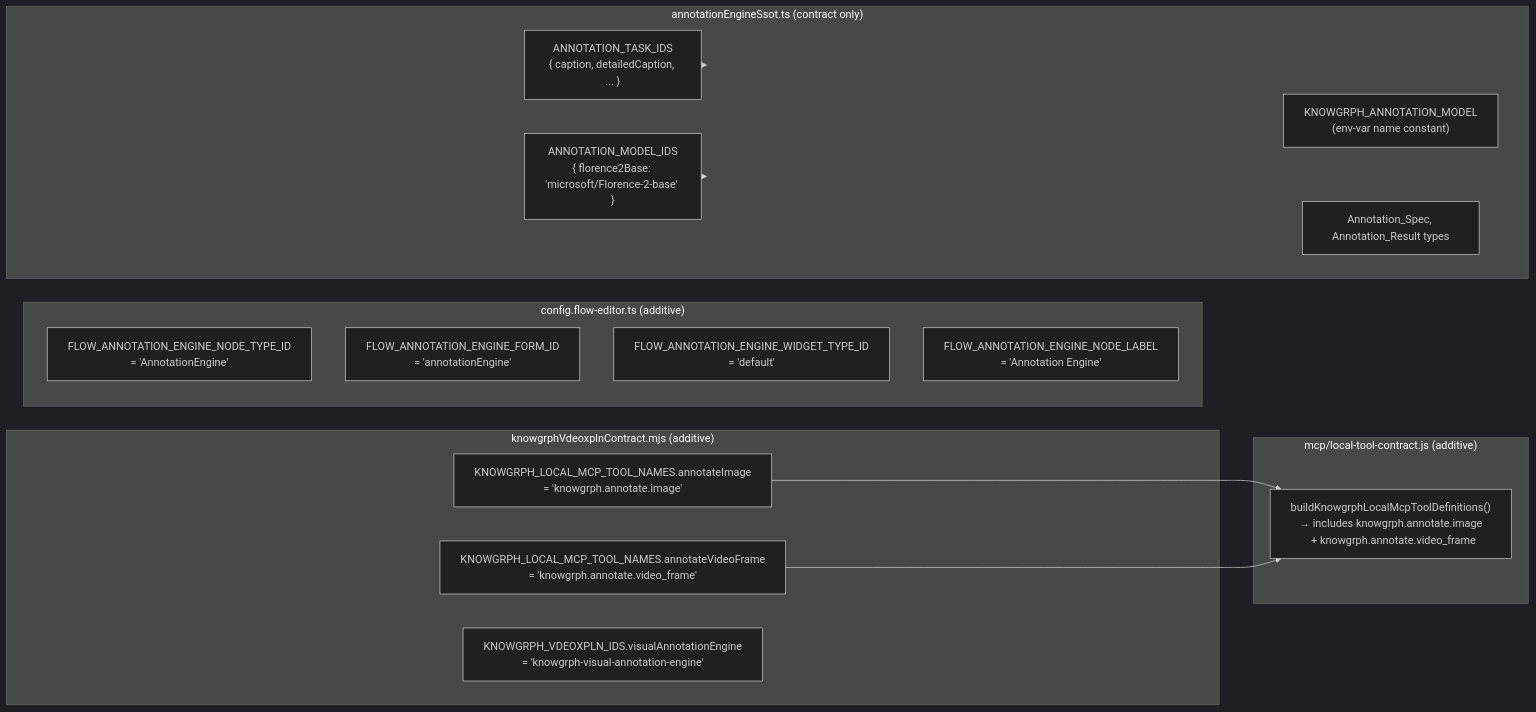
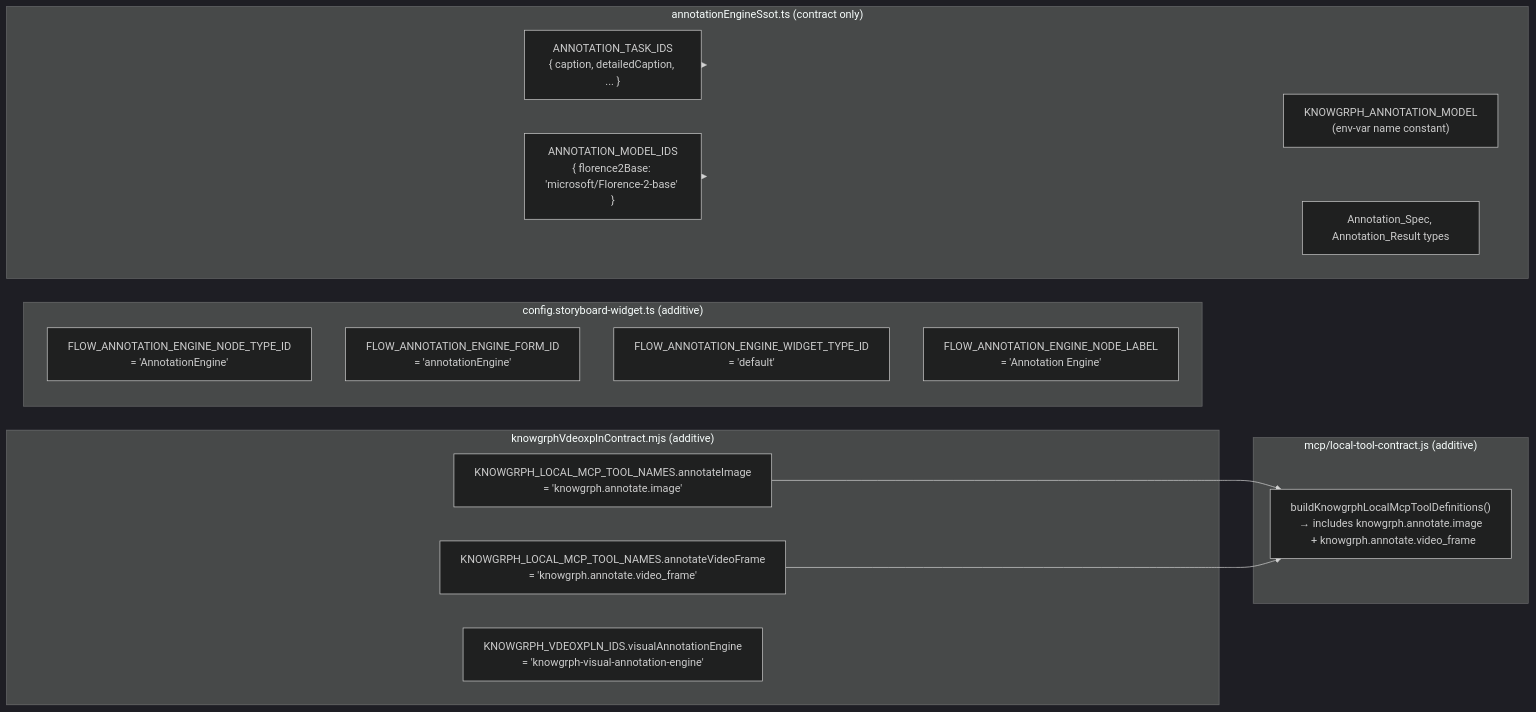
One commit to huijoohwee/knowgrph changed the third of 4 diagrams in .kiro/specs/knowgrph-visual-annotation-engine/design.md. Above: the diagram before and after it, drawn with Mermaid (dark theme). The commit also changed other lines of this file and 959 other files, not shown here.

Commit message:
feat: ship storyboard widget runtime

````diff
--- a/.kiro/specs/knowgrph-visual-annotation-engine/design.md
+++ b/.kiro/specs/knowgrph-visual-annotation-engine/design.md
@@ -156,30 +156,30 @@
 ```mermaid
 flowchart LR
     subgraph SSOT["annotationEngineSsot.ts (contract only)"]
         S1["ANNOTATION_TASK_IDS\n{ caption, detailedCaption, ... }"]
         S2["ANNOTATION_MODEL_IDS\n{ florence2Base: 'microsoft/Florence-2-base' }"]
         S3["KNOWGRPH_ANNOTATION_MODEL\n(env-var name constant)"]
         S4["Annotation_Spec, Annotation_Result types"]
     end
 
-    subgraph Config["config.flow-editor.ts (additive)"]
+    subgraph Config["config.storyboard-widget.ts (additive)"]
         CF1["FLOW_ANNOTATION_ENGINE_NODE_TYPE_ID\n= 'AnnotationEngine'"]
         CF2["FLOW_ANNOTATION_ENGINE_FORM_ID\n= 'annotationEngine'"]
         CF3["FLOW_ANNOTATION_ENGINE_WIDGET_TYPE_ID\n= 'default'"]
         CF4["FLOW_ANNOTATION_ENGINE_NODE_LABEL\n= 'Annotation Engine'"]
     end
 
     subgraph VContract["knowgrphVdeoxplnContract.mjs (additive)"]
         V1["KNOWGRPH_LOCAL_MCP_TOOL_NAMES.annotateImage\n= 'knowgrph.annotate.image'"]
         V2["KNOWGRPH_LOCAL_MCP_TOOL_NAMES.annotateVideoFrame\n= 'knowgrph.annotate.video_frame'"]
         V3["KNOWGRPH_VDEOXPLN_IDS.visualAnnotationEngine\n= 'knowgrph-visual-annotation-engine'"]
     end
 
     subgraph MCPContract["mcp/local-tool-contract.js (additive)"]
         M1["buildKnowgrphLocalMcpToolDefinitions()\n→ includes knowgrph.annotate.image\n  + knowgrph.annotate.video_frame"]
     end
 
     S1 --> SSOT
     S2 --> SSOT
     V1 & V2 --> M1
 ```
````
